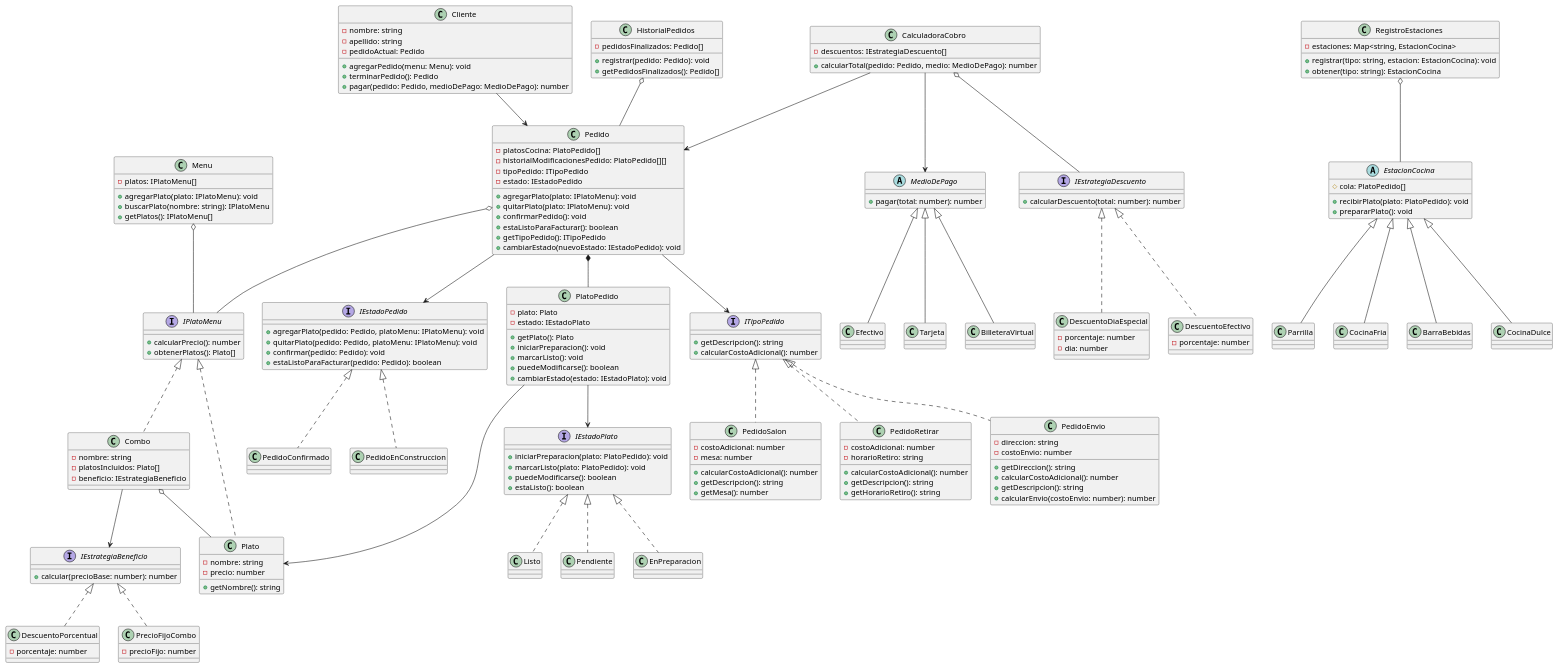
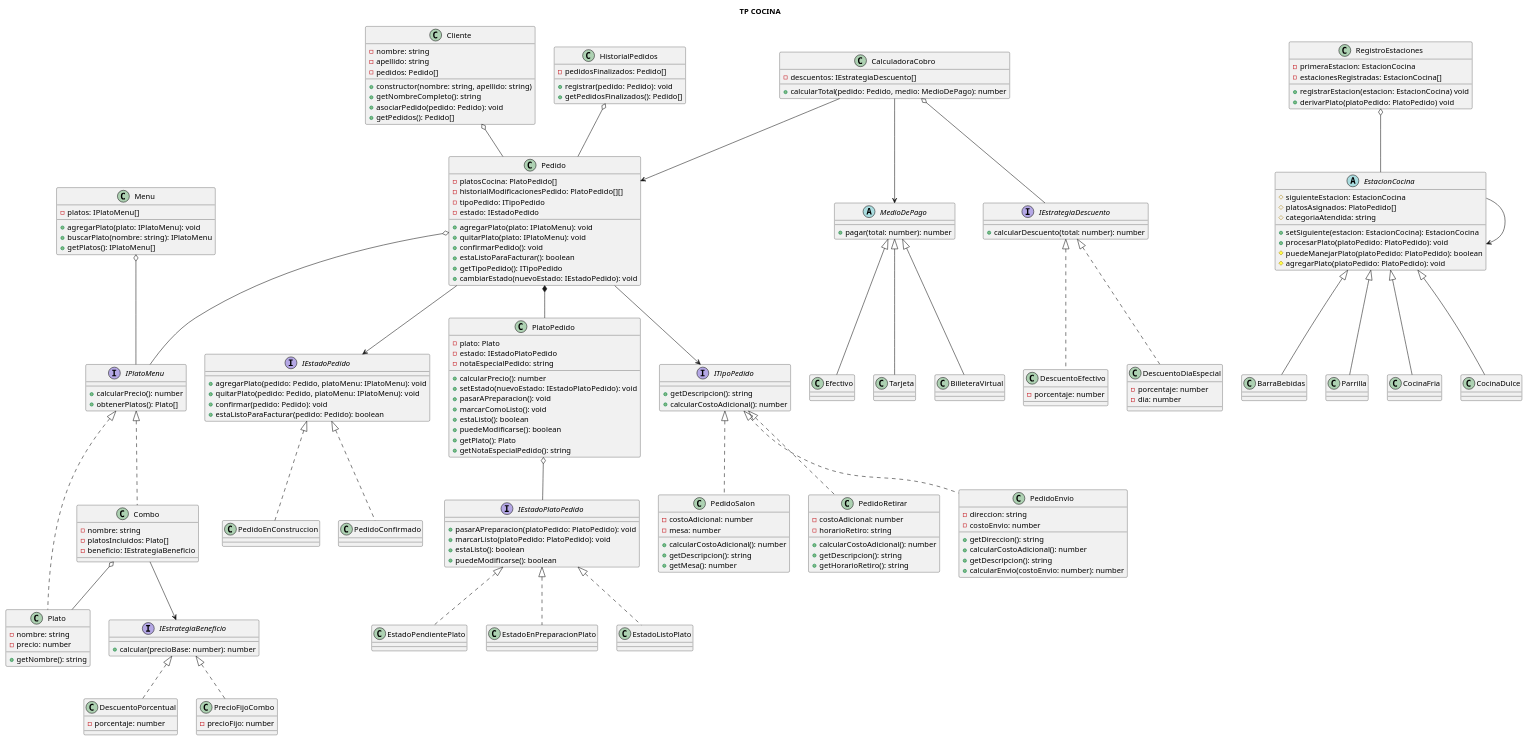
One commit to CoronelAlan/tp_progra2_grupo4 changed the diagram in diagrama/clase.puml. Above: the diagram before and after it, drawn with PlantUML. The commit also changed 41 other files, not shown here.

```diff
--- a/diagrama/clase.puml
+++ b/diagrama/clase.puml
@@ -1,16 +1,20 @@
 @startuml
+
+title TP COCINA
 
 class Cliente {
     - nombre: string
     - apellido: string
-    - pedidoActual: Pedido
-
-    + agregarPedido(menu: Menu): void
-    + terminarPedido(): Pedido
-    + pagar(pedido: Pedido, medioDePago: MedioDePago): number
+    - pedidos: Pedido[]
+    
+    + constructor(nombre: string, apellido: string)
+    + getNombreCompleto(): string
+    + asociarPedido(pedido: Pedido): void
+    + getPedidos(): Pedido[]
 }
 
-Cliente --> Pedido
+
+Cliente o-- Pedido
 
 class Menu {
     - platos: IPlatoMenu[]
@@ -139,71 +143,85 @@
 
 class PlatoPedido {
     - plato: Plato
-    - estado: IEstadoPlato
-
+    - estado: IEstadoPlatoPedido
+    - notaEspecialPedido: string
+    + calcularPrecio(): number
+    + setEstado(nuevoEstado: IEstadoPlatoPedido): void
+    + pasarAPreparacion(): void
+    + marcarComoListo(): void
+    + estaListo(): boolean
+    + puedeModificarse(): boolean
     + getPlato(): Plato
-    + iniciarPreparacion(): void
-    + marcarListo(): void
-    + puedeModificarse(): boolean
-    + cambiarEstado(estado: IEstadoPlato): void
+    + getNotaEspecialPedido(): string
 }
 
-PlatoPedido --> Plato
-
-interface IEstadoPlato {
-    + iniciarPreparacion(plato: PlatoPedido): void
-    + marcarListo(plato: PlatoPedido): void
+interface IEstadoPlatoPedido {
+    + pasarAPreparacion(platoPedido: PlatoPedido): void
+    + marcarListo(platoPedido: PlatoPedido): void
+    + estaListo(): boolean
     + puedeModificarse(): boolean
-    + estaListo(): boolean
 }
 
-class Pendiente {
+class EstadoPendientePlato {
+
 }
 
-class EnPreparacion {
+class EstadoEnPreparacionPlato {
+
 }
 
-class Listo {
+class EstadoListoPlato {
+
 }
 
-IEstadoPlato <|.. Pendiente
-IEstadoPlato <|.. EnPreparacion
-IEstadoPlato <|.. Listo
+' Relaciones
+PlatoPedido o-- IEstadoPlatoPedido
+IEstadoPlatoPedido <|.. EstadoPendientePlato
+IEstadoPlatoPedido <|.. EstadoEnPreparacionPlato
+IEstadoPlatoPedido <|.. EstadoListoPlato
 
-PlatoPedido --> IEstadoPlato
+
 
 abstract class EstacionCocina {
-    # cola: PlatoPedido[]
+        
+        # siguienteEstacion: EstacionCocina
+        # platosAsignados: PlatoPedido[]
+        # categoriaAtendida: string
+        + setSiguiente(estacion: EstacionCocina): EstacionCocina
+        + procesarPlato(platoPedido: PlatoPedido): void
+        # puedeManejarPlato(platoPedido: PlatoPedido): boolean
+        # agregarPlato(platoPedido: PlatoPedido): void
+    }
 
-    + recibirPlato(plato: PlatoPedido): void
-    + prepararPlato(): void
-}
+    class BarraBebidas {
 
-class Parrilla {
-}
+    }
 
-class CocinaFria {
-}
+    class Parrilla {
 
-class BarraBebidas {
-}
+    }
 
-class CocinaDulce {
-}
+    class CocinaFria{
 
-EstacionCocina <|-- Parrilla
-EstacionCocina <|-- CocinaFria
-EstacionCocina <|-- BarraBebidas
-EstacionCocina <|-- CocinaDulce
+    }
 
-class RegistroEstaciones {
-    - estaciones: Map<string, EstacionCocina>
+    class CocinaDulce{
 
-    + registrar(tipo: string, estacion: EstacionCocina): void
-    + obtener(tipo: string): EstacionCocina
-}
+    }
 
-RegistroEstaciones o-- EstacionCocina
+    class RegistroEstaciones {
+        - primeraEstacion: EstacionCocina
+        - estacionesRegistradas: EstacionCocina[]
+        + registrarEstacion(estacion: EstacionCocina) void
+        + derivarPlato(platoPedido: PlatoPedido) void
+    }
+
+    EstacionCocina <|-- BarraBebidas
+    EstacionCocina <|-- Parrilla
+    EstacionCocina <|-- CocinaFria
+    EstacionCocina <|-- CocinaDulce
+    EstacionCocina --> EstacionCocina 
+    RegistroEstaciones o-- EstacionCocina 
 
 abstract class MedioDePago {
     + pagar(total: number): number
```
